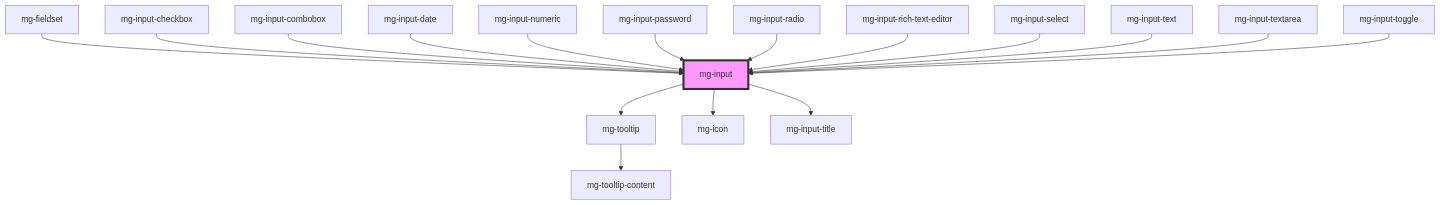
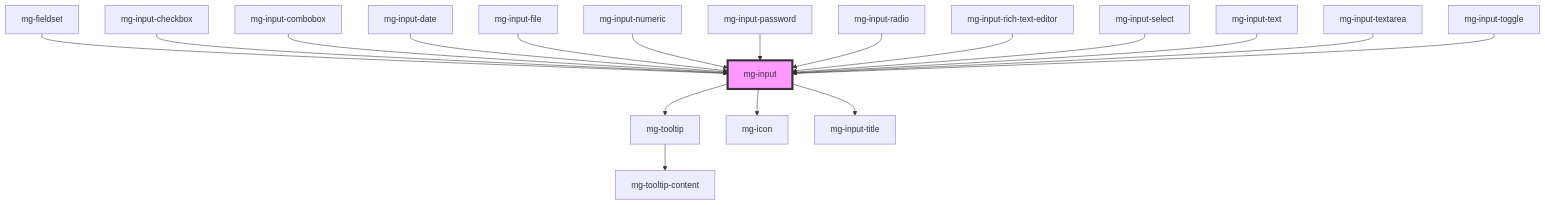
The diagram in packages/mg-components/src/components/molecules/inputs/mg-input/readme.md (MGDIS/core-ui), drawn with Mermaid before and after one commit. The commit also changed other lines of this file and 119 other files, not shown here.

````diff
--- a/packages/mg-components/src/components/molecules/inputs/mg-input/readme.md
+++ b/packages/mg-components/src/components/molecules/inputs/mg-input/readme.md
@@ -155,20 +156,21 @@
 ```mermaid
 graph TD;
   mg-input --> mg-tooltip
   mg-input --> mg-icon
   mg-input --> mg-input-title
   mg-tooltip --> mg-tooltip-content
   mg-fieldset --> mg-input
   mg-input-checkbox --> mg-input
   mg-input-combobox --> mg-input
   mg-input-date --> mg-input
+  mg-input-file --> mg-input
   mg-input-numeric --> mg-input
   mg-input-password --> mg-input
   mg-input-radio --> mg-input
   mg-input-rich-text-editor --> mg-input
   mg-input-select --> mg-input
   mg-input-text --> mg-input
   mg-input-textarea --> mg-input
   mg-input-toggle --> mg-input
   style mg-input fill:#f9f,stroke:#333,stroke-width:4px
 ```
````
